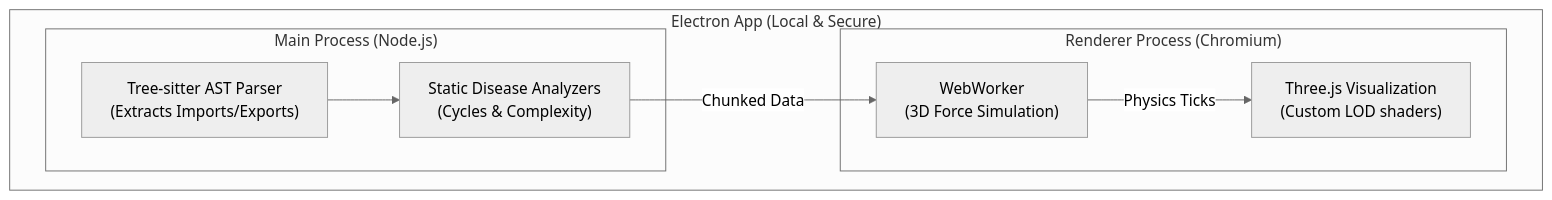
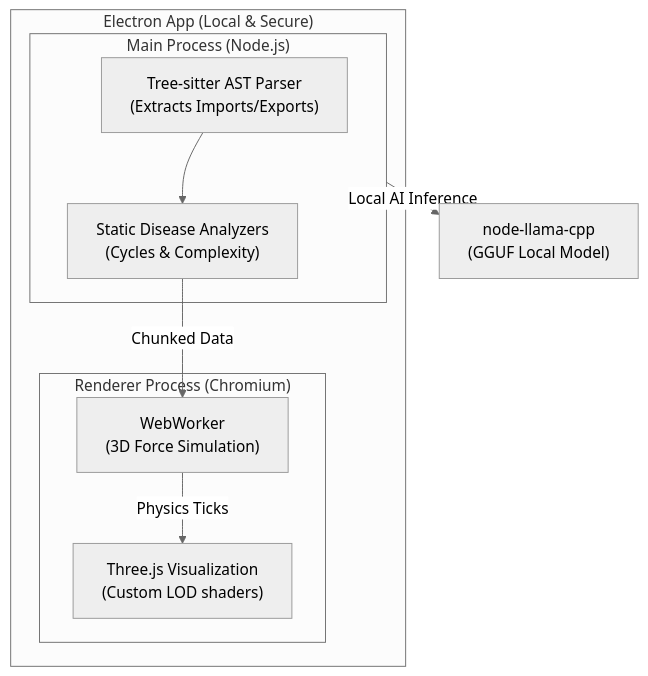
Before and after one commit to Ishaan-Sharma-tech/software-mri: the diagram in README.md, drawn with Mermaid (neutral theme). The commit also changed other lines of this file and 30 other files, not shown here.

````diff
--- a/README.md
+++ b/README.md
@@ -53,18 +54,19 @@
 ```mermaid
 graph TB
     subgraph Electron ["Electron App (Local & Secure)"]
         subgraph Main ["Main Process (Node.js)"]
             PARSER["Tree-sitter AST Parser<br/>(Extracts Imports/Exports)"]
             ANALYZER["Static Disease Analyzers<br/>(Cycles & Complexity)"]
         end
 
         subgraph Renderer ["Renderer Process (Chromium)"]
             WORKER["WebWorker<br/>(3D Force Simulation)"]
             VIZ["Three.js Visualization<br/>(Custom LOD shaders)"]
         end
     end
 
     PARSER --> ANALYZER
     ANALYZER -->|Chunked Data| WORKER
     WORKER -->|Physics Ticks| VIZ
+    Main -->|Local AI Inference| MODEL["node-llama-cpp<br/>(GGUF Local Model)"]
 ```
````
